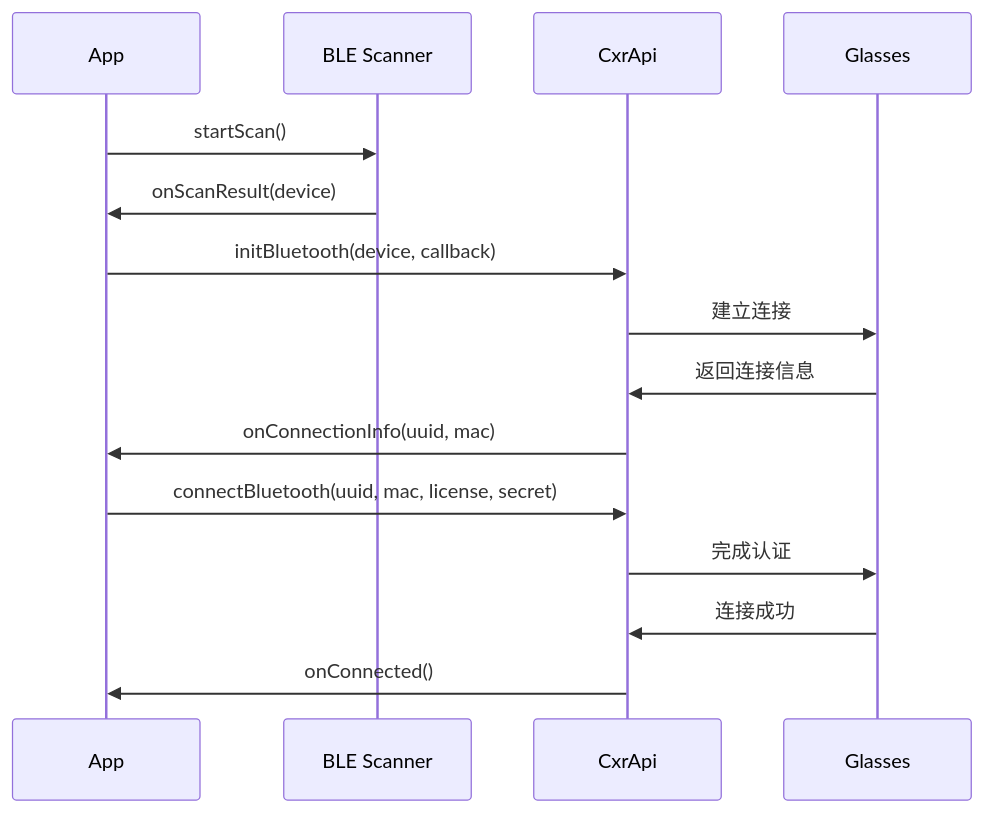
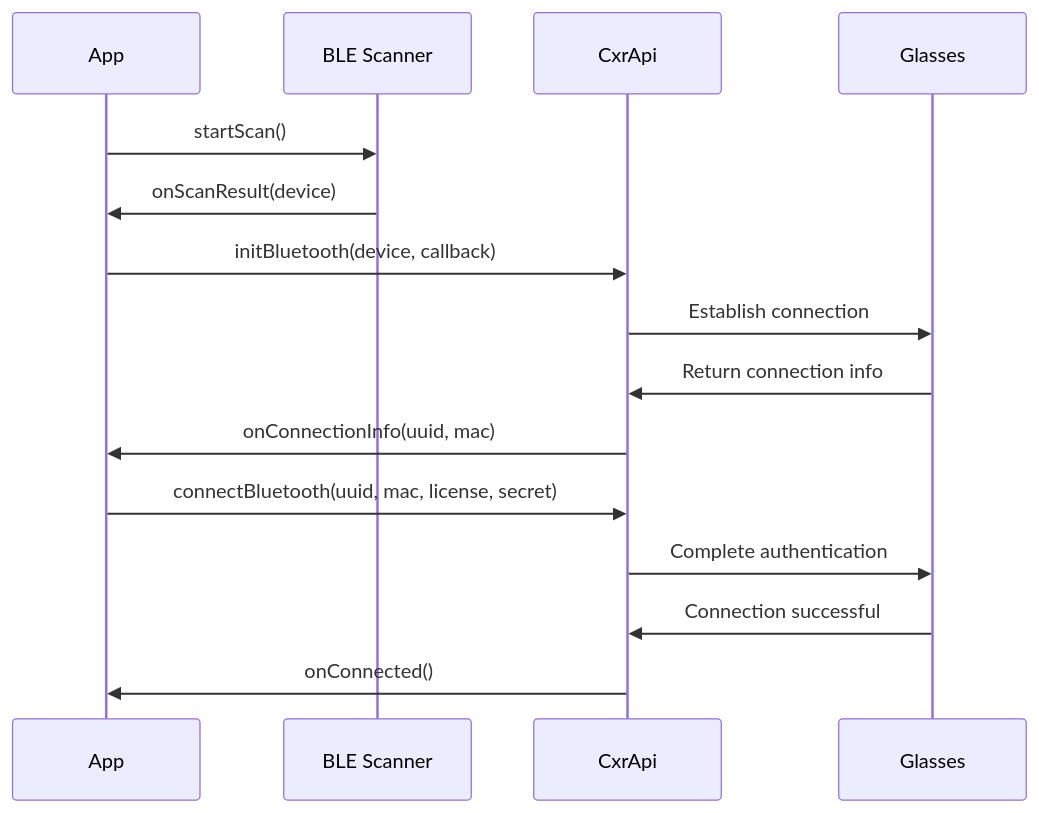
The first of 7 diagrams in design.md (thuongtin/CXRMSamples1.0.3), drawn with Mermaid before and after one commit. The commit also changed other lines of this file and 20 other files, not shown here.

````diff
--- a/design.md
+++ b/design.md
@@ -111,18 +111,18 @@
 ```mermaid
 sequenceDiagram
     participant App
     participant BLE Scanner
     participant CxrApi
     participant Glasses
     
     App->>BLE Scanner: startScan()
     BLE Scanner->>App: onScanResult(device)
     App->>CxrApi: initBluetooth(device, callback)
-    CxrApi->>Glasses: 建立连接
-    Glasses->>CxrApi: 返回连接信息
+    CxrApi->>Glasses: Establish connection
+    Glasses->>CxrApi: Return connection info
     CxrApi->>App: onConnectionInfo(uuid, mac)
     App->>CxrApi: connectBluetooth(uuid, mac, license, secret)
-    CxrApi->>Glasses: 完成认证
-    Glasses->>CxrApi: 连接成功
+    CxrApi->>Glasses: Complete authentication
+    Glasses->>CxrApi: Connection successful
     CxrApi->>App: onConnected()
 ```
````
